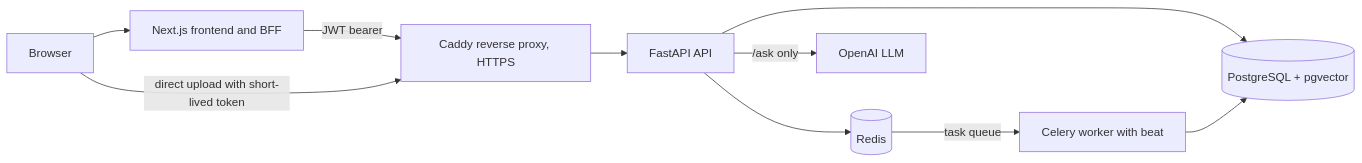
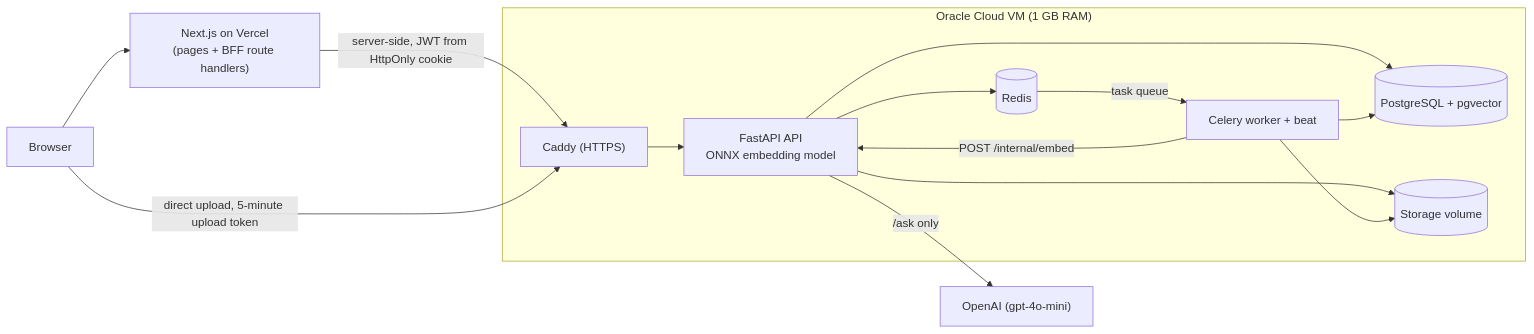
Before and after one commit to shahil5z/document-intelligence-analysis: the diagram in README.md, drawn with Mermaid. The commit also changed other lines of this file and 6 other files, not shown here.

````diff
--- a/README.md
+++ b/README.md
@@ -47,12 +34,17 @@
 ```mermaid
 flowchart LR
-    browser[Browser] --> next[Next.js frontend and BFF]
-    next -->|JWT bearer| caddy[Caddy reverse proxy, HTTPS]
-    browser -->|direct upload with short-lived token| caddy
-    caddy --> api[FastAPI API]
-    api --> pg[(PostgreSQL + pgvector)]
-    api --> redis[(Redis)]
-    api -->|/ask only| llm[OpenAI LLM]
-    redis -->|task queue| worker[Celery worker with beat]
-    worker --> pg
+    user[Browser] --> vercel["Next.js on Vercel<br/>(pages + BFF route handlers)"]
+    vercel -->|"server-side, JWT from HttpOnly cookie"| caddy
+    user -->|"direct upload, 5-minute upload token"| caddy
+    subgraph oracle["Oracle Cloud VM (1 GB RAM)"]
+        caddy["Caddy (HTTPS)"] --> api["FastAPI API<br/>ONNX embedding model"]
+        api --> pg[("PostgreSQL + pgvector")]
+        api --> redis[("Redis")]
+        api --> files[("Storage volume")]
+        redis -->|task queue| worker["Celery worker + beat"]
+        worker -->|"POST /internal/embed"| api
+        worker --> pg
+        worker --> files
+    end
+    api -->|"/ask only"| openai["OpenAI (gpt-4o-mini)"]
 ```
````
